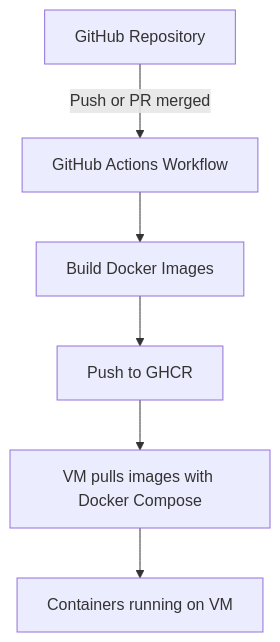
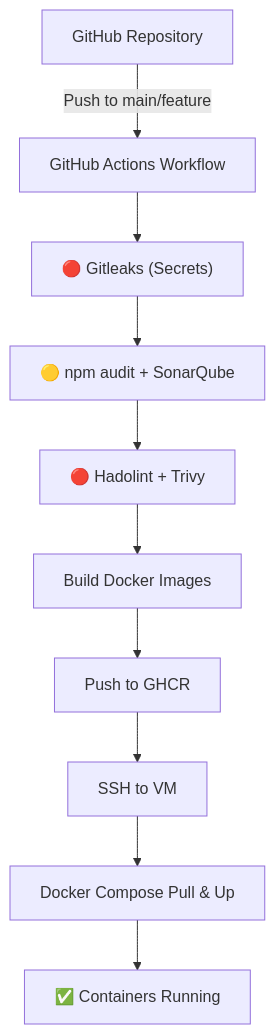
One commit to A-Marbach/conduit-container changed the diagram in readme.md. Above: the diagram before and after it, drawn with Mermaid. The commit also changed other lines of this file, not shown here.

Commit message:
add gitleaks secret in cicd

````diff
--- a/readme.md
+++ b/readme.md
@@ -120,8 +201,12 @@
 ```mermaid
 flowchart TD
-    GitHubRepo[GitHub Repository] -->|Push or PR merged| Actions[GitHub Actions Workflow]
-    Actions --> Build[Build Docker Images]
-    Build --> Push[Push to GHCR]
-    Push --> Pull[VM pulls images with Docker Compose]
-    Pull --> Running[Containers running on VM]
+    GitHubRepo[GitHub Repository] -->|Push to main/feature| Actions[GitHub Actions Workflow]
+    Actions --> Gitleaks["🔴 Gitleaks (Secrets)"]
+    Gitleaks --> Quality["🟡 npm audit + SonarQube"]
+    Quality --> Infra["🔴 Hadolint + Trivy"]
+    Infra --> Build["Build Docker Images"]
+    Build --> Push["Push to GHCR"]
+    Push --> SSH["SSH to VM"]
+    SSH --> Compose["Docker Compose Pull & Up"]
+    Compose --> Running["✅ Containers Running"]
 ```
````
